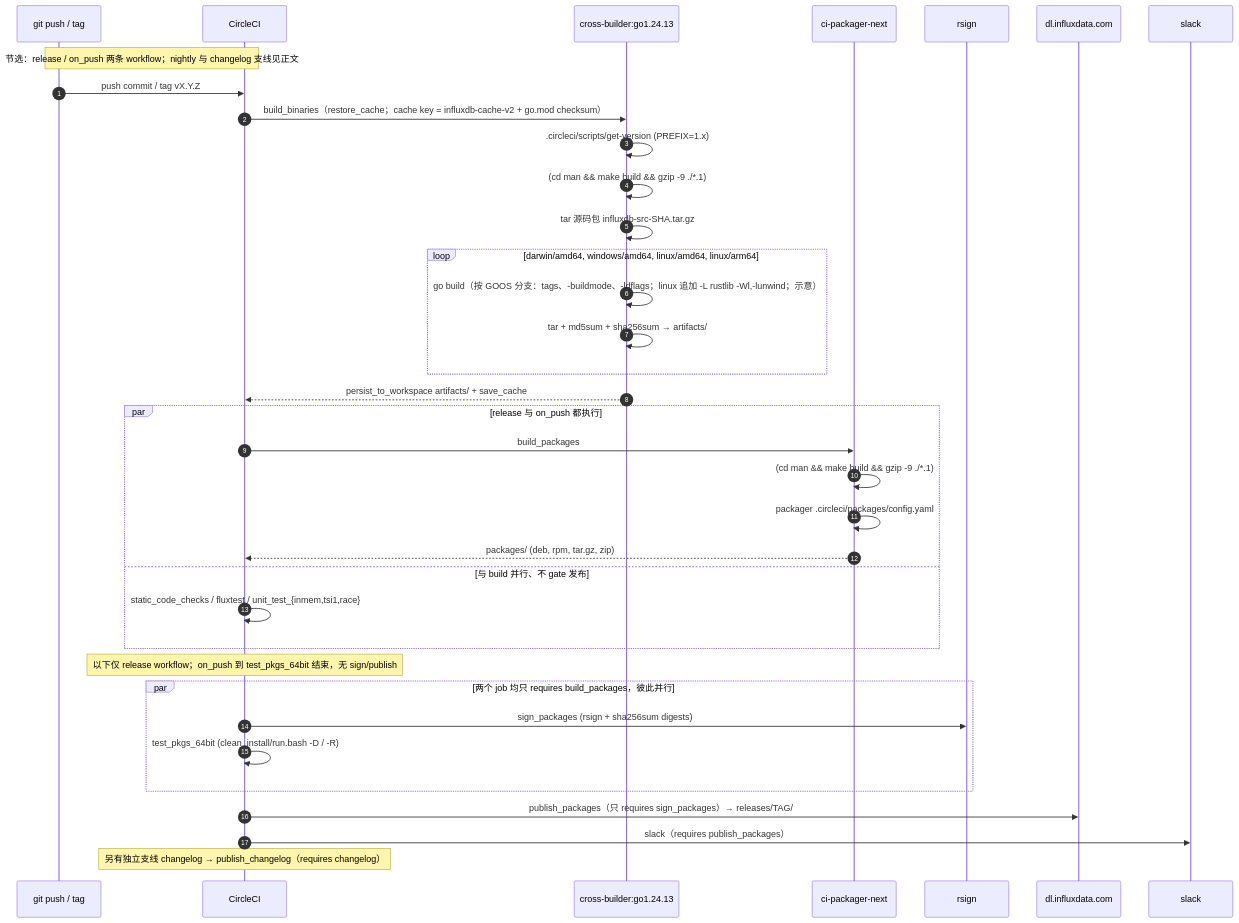
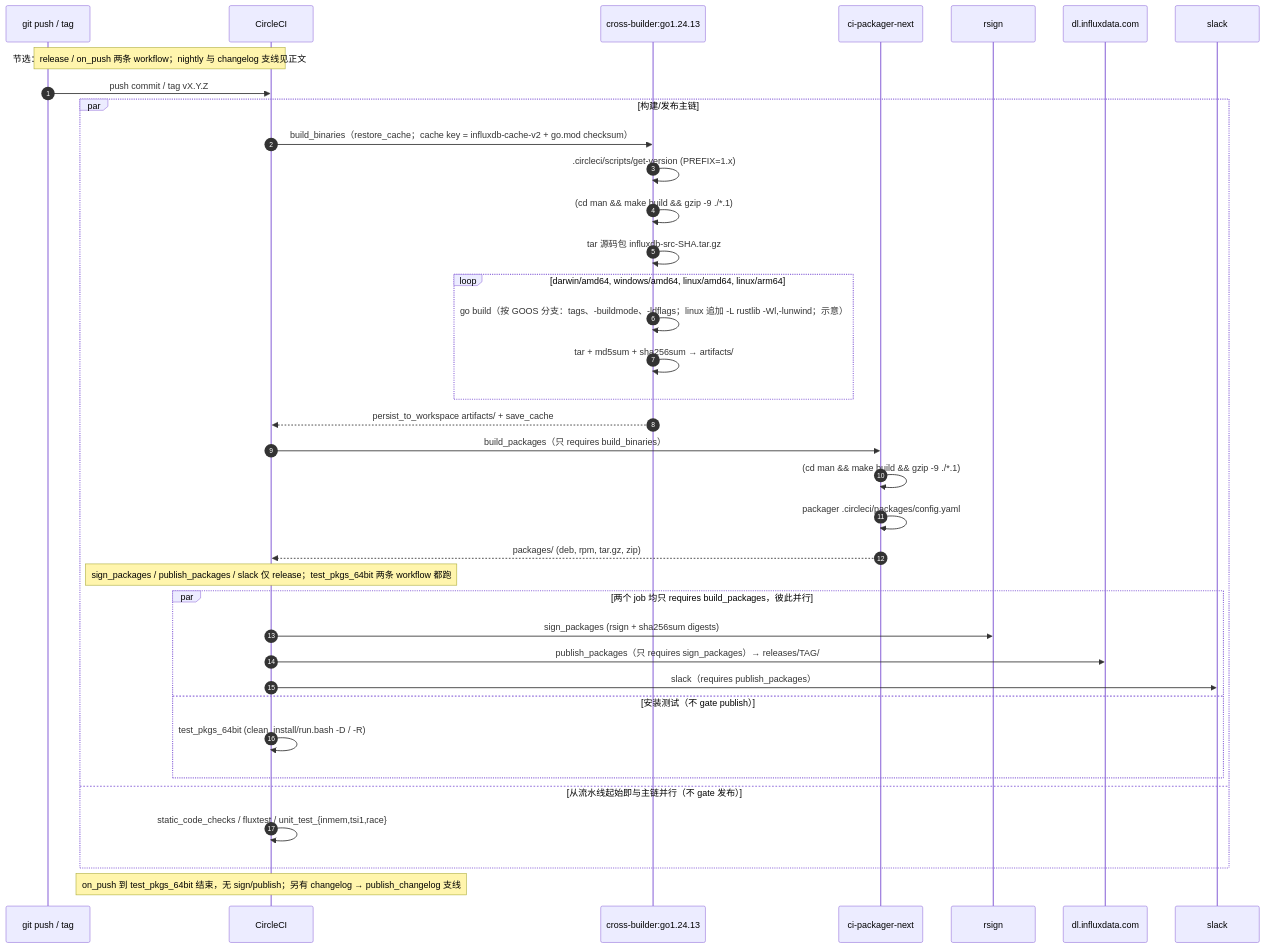
Before and after one commit to stefanv5/influxdb: the second of 2 diagrams in docs/specs/v1.8.10-vs-v1.12.3/07_build_perf_diff.md, drawn with Mermaid. The commit also changed other lines of this file and 11 other files, not shown here.

First line of the commit message:
docs: complete D1-D6 diagram/module/case audit

````diff
--- a/docs/specs/v1.8.10-vs-v1.12.3/07_build_perf_diff.md
+++ b/docs/specs/v1.8.10-vs-v1.12.3/07_build_perf_diff.md
@@ -128,39 +142,40 @@
 ```mermaid
 sequenceDiagram
     autonumber
     participant Dev as git push / tag
     participant CI as CircleCI
     participant XB as cross-builder:go1.24.13
     participant PK as ci-packager-next
     participant SG as rsign
     participant S3 as dl.influxdata.com
     participant SL as slack
 
     Note over Dev,CI: 节选：release / on_push 两条 workflow；nightly 与 changelog 支线见正文
     Dev->>CI: push commit / tag vX.Y.Z
-    CI->>XB: build_binaries（restore_cache；cache key = influxdb-cache-v2 + go.mod checksum）
-    XB->>XB: .circleci/scripts/get-version (PREFIX=1.x)
-    XB->>XB: (cd man && make build && gzip -9 ./*.1)
-    XB->>XB: tar 源码包 influxdb-src-SHA.tar.gz
-    loop darwin/amd64, windows/amd64, linux/amd64, linux/arm64
-        XB->>XB: go build（按 GOOS 分支：tags、-buildmode、-ldflags；linux 追加 -L rustlib -Wl,-lunwind；示意）
-        XB->>XB: tar + md5sum + sha256sum → artifacts/
-    end
-    XB-->>CI: persist_to_workspace artifacts/ + save_cache
-    par release 与 on_push 都执行
-        CI->>PK: build_packages
+    par 构建/发布主链
+        CI->>XB: build_binaries（restore_cache；cache key = influxdb-cache-v2 + go.mod checksum）
+        XB->>XB: .circleci/scripts/get-version (PREFIX=1.x)
+        XB->>XB: (cd man && make build && gzip -9 ./*.1)
+        XB->>XB: tar 源码包 influxdb-src-SHA.tar.gz
+        loop darwin/amd64, windows/amd64, linux/amd64, linux/arm64
+            XB->>XB: go build（按 GOOS 分支：tags、-buildmode、-ldflags；linux 追加 -L rustlib -Wl,-lunwind；示意）
+            XB->>XB: tar + md5sum + sha256sum → artifacts/
+        end
+        XB-->>CI: persist_to_workspace artifacts/ + save_cache
+        CI->>PK: build_packages（只 requires build_binaries）
         PK->>PK: (cd man && make build && gzip -9 ./*.1)
         PK->>PK: packager .circleci/packages/config.yaml
         PK-->>CI: packages/ (deb, rpm, tar.gz, zip)
-    and 与 build 并行、不 gate 发布
+        Note over CI: sign_packages / publish_packages / slack 仅 release；test_pkgs_64bit 两条 workflow 都跑
+        par 两个 job 均只 requires build_packages，彼此并行
+            CI->>SG: sign_packages (rsign + sha256sum digests)
+            CI->>S3: publish_packages（只 requires sign_packages）→ releases/TAG/
+            CI->>SL: slack（requires publish_packages）
+        and 安装测试（不 gate publish）
+            CI->>CI: test_pkgs_64bit (clean_install/run.bash -D / -R)
+        end
+    and 从流水线起始即与主链并行（不 gate 发布）
         CI->>CI: static_code_checks / fluxtest / unit_test_{inmem,tsi1,race}
     end
-    Note over CI: 以下仅 release workflow；on_push 到 test_pkgs_64bit 结束，无 sign/publish
-    par 两个 job 均只 requires build_packages，彼此并行
-        CI->>SG: sign_packages (rsign + sha256sum digests)
-        CI->>CI: test_pkgs_64bit (clean_install/run.bash -D / -R)
-    end
-    CI->>S3: publish_packages（只 requires sign_packages）→ releases/TAG/
-    CI->>SL: slack（requires publish_packages）
-    Note over CI: 另有独立支线 changelog → publish_changelog（requires changelog）
+    Note over CI: on_push 到 test_pkgs_64bit 结束，无 sign/publish；另有 changelog → publish_changelog 支线
 ```
````
